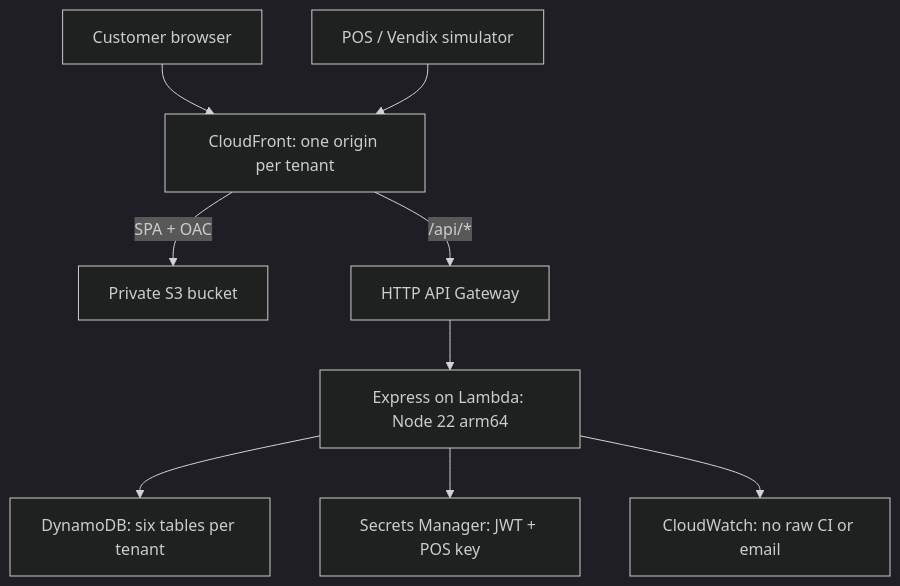
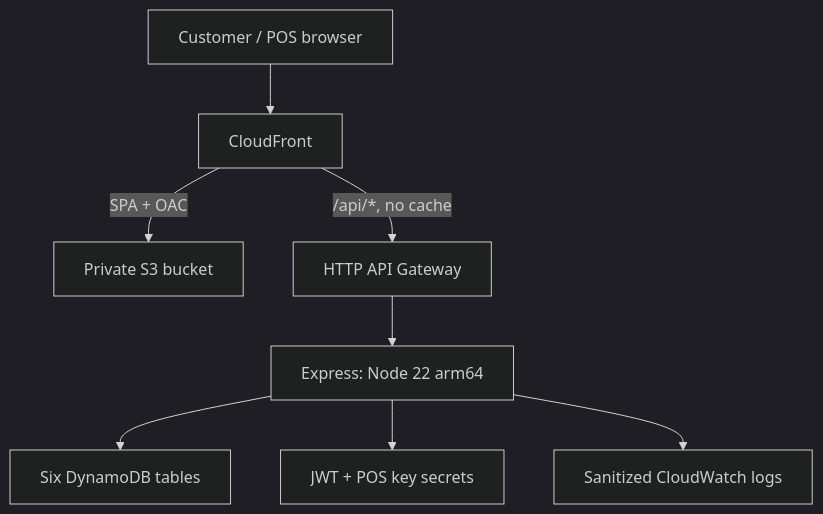
One commit to moonstar-x/hackathon-appvengers changed the diagram in README.md. Above: the diagram before and after it, drawn with Mermaid (dark theme). The commit also changed other lines of this file and 75 other files, not shown here.

````diff
--- a/README.md
+++ b/README.md
@@ -14,11 +14,10 @@
 ```mermaid
 flowchart TD
-  Customer[Customer browser] --> CDN[CloudFront: one origin per tenant]
-  POS[POS / Vendix simulator] --> CDN
+  Browser[Customer / POS browser] --> CDN[CloudFront]
   CDN -->|SPA + OAC| S3[Private S3 bucket]
-  CDN -->|/api/*| API[HTTP API Gateway]
-  API --> Lambda[Express on Lambda: Node 22 arm64]
-  Lambda --> DB[DynamoDB: six tables per tenant]
-  Lambda --> Secrets[Secrets Manager: JWT + POS key]
-  Lambda --> Logs[CloudWatch: no raw CI or email]
+  CDN -->|/api/*, no cache| API[HTTP API Gateway]
+  API --> Lambda[Express: Node 22 arm64]
+  Lambda --> DB[Six DynamoDB tables]
+  Lambda --> Secrets[JWT + POS key secrets]
+  Lambda --> Logs[Sanitized CloudWatch logs]
 ```
````
